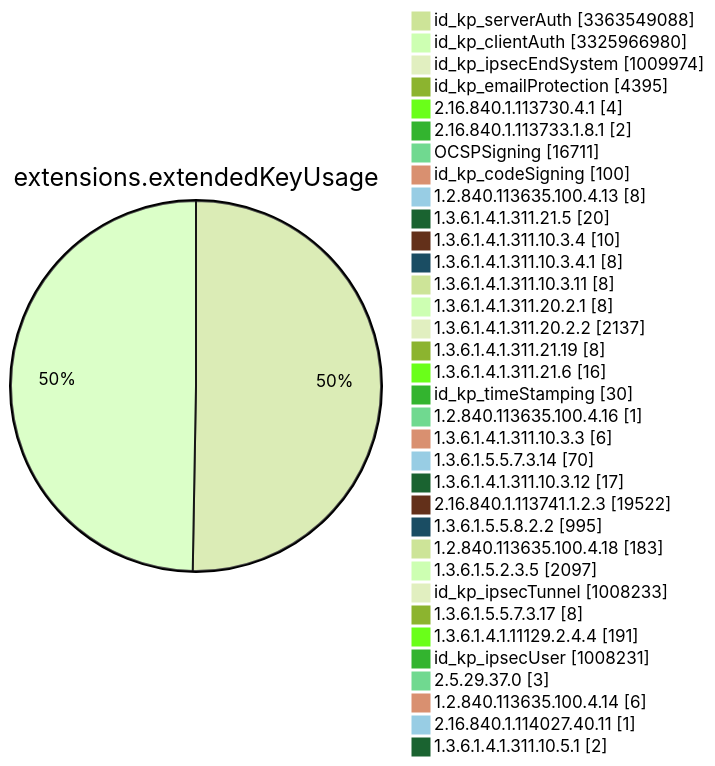
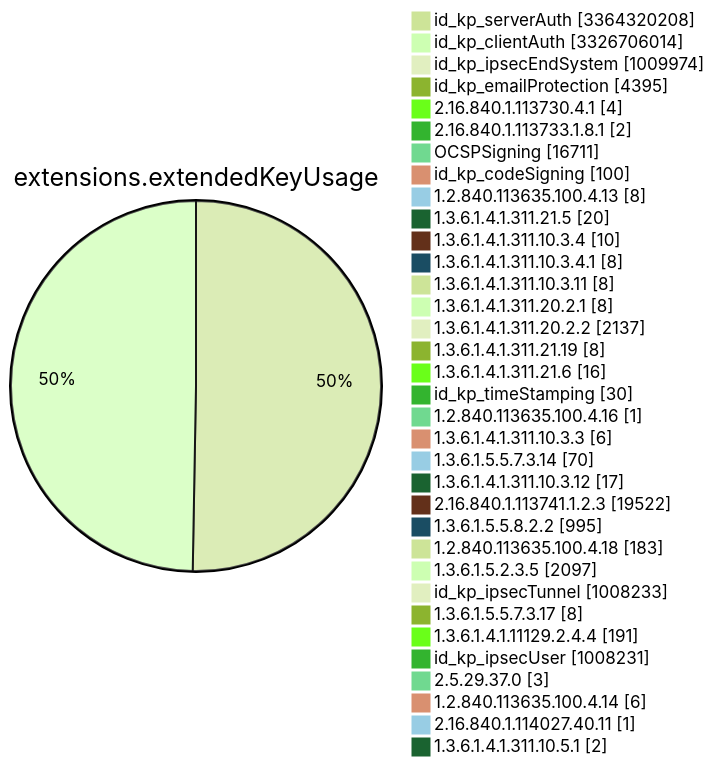
Diagram 11 of 15 in TOTAL/README.md (christiankrug/ctmonitor_visualization), drawn with Mermaid (forest theme) before and after one commit. The commit also changed other lines of this file, not shown here.

````diff
--- a/TOTAL/README.md
+++ b/TOTAL/README.md
@@ -4120,38 +4120,38 @@
 ```mermaid
 pie showData
 title extensions.extendedKeyUsage
-"id_kp_serverAuth" :3363549088
-"id_kp_clientAuth" :3325966980
+"id_kp_serverAuth" :3364320208
+"id_kp_clientAuth" :3326706014
 "id_kp_ipsecEndSystem" :1009974
 "id_kp_emailProtection" :4395
 "2.16.840.1.113730.4.1" :4
 "2.16.840.1.113733.1.8.1" :2
 "OCSPSigning" :16711
 "id_kp_codeSigning" :100
 "1.2.840.113635.100.4.13" :8
 "1.3.6.1.4.1.311.21.5" :20
 "1.3.6.1.4.1.311.10.3.4" :10
 "1.3.6.1.4.1.311.10.3.4.1" :8
 "1.3.6.1.4.1.311.10.3.11" :8
 "1.3.6.1.4.1.311.20.2.1" :8
 "1.3.6.1.4.1.311.20.2.2" :2137
 "1.3.6.1.4.1.311.21.19" :8
 "1.3.6.1.4.1.311.21.6" :16
 "id_kp_timeStamping" :30
 "1.2.840.113635.100.4.16" :1
 "1.3.6.1.4.1.311.10.3.3" :6
 "1.3.6.1.5.5.7.3.14" :70
 "1.3.6.1.4.1.311.10.3.12" :17
 "2.16.840.1.113741.1.2.3" :19522
 "1.3.6.1.5.5.8.2.2" :995
 "1.2.840.113635.100.4.18" :183
 "1.3.6.1.5.2.3.5" :2097
 "id_kp_ipsecTunnel" :1008233
 "1.3.6.1.5.5.7.3.17" :8
 "1.3.6.1.4.1.11129.2.4.4" :191
 "id_kp_ipsecUser" :1008231
 "2.5.29.37.0" :3
 "1.2.840.113635.100.4.14" :6
 "2.16.840.1.114027.40.11" :1
 "1.3.6.1.4.1.311.10.5.1" :2
 ```
````
